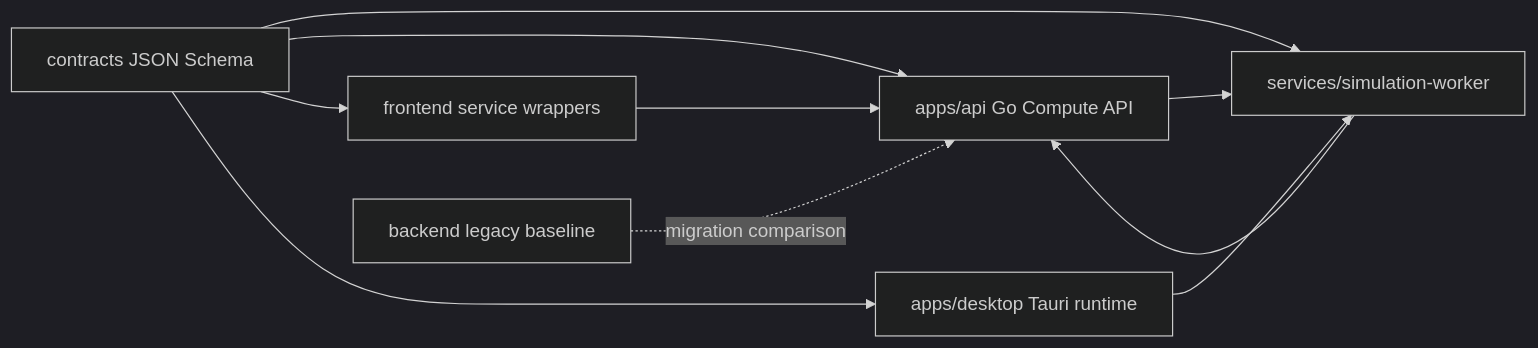
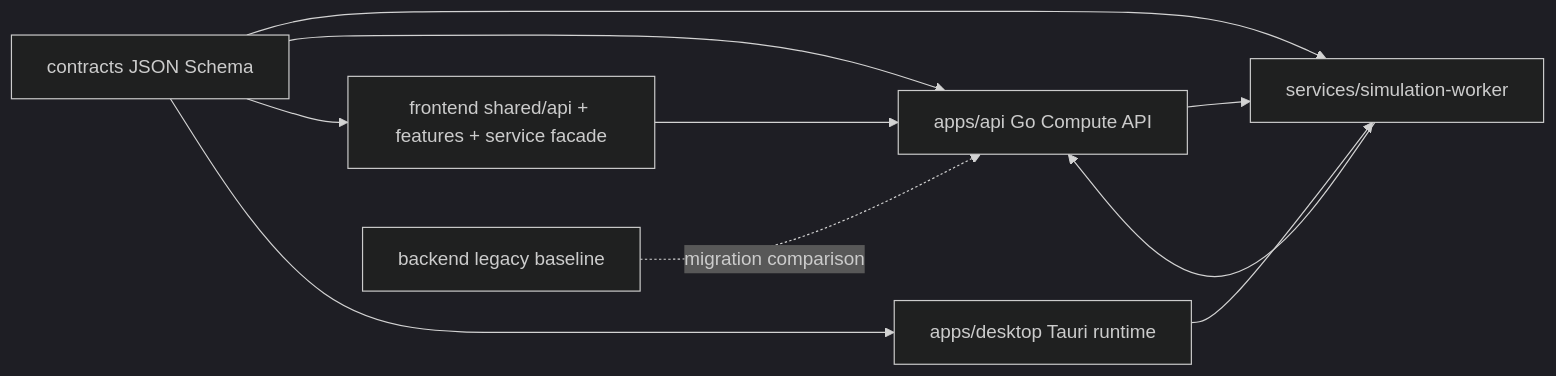
Before and after one commit to endearqb/AutoWaterSimu: the diagram in docs/architecture/module-map.md, drawn with Mermaid (dark theme). The commit also changed other lines of this file and 28 other files, not shown here.

Commit message:
Move frontend compute wrappers into features

````diff
--- a/docs/architecture/module-map.md
+++ b/docs/architecture/module-map.md
@@ -22,12 +22,12 @@
 ```mermaid
 flowchart LR
   Contracts["contracts JSON Schema"] --> API["apps/api Go Compute API"]
   Contracts --> Worker["services/simulation-worker"]
-  Contracts --> Web["frontend service wrappers"]
+  Contracts --> Web["frontend shared/api + features + service facade"]
   Contracts --> Desktop["apps/desktop Tauri runtime"]
   API --> Worker
   Worker --> API
   Web --> API
   Desktop --> Worker
   Backend["backend legacy baseline"] -.migration comparison.-> API
 ```
````
